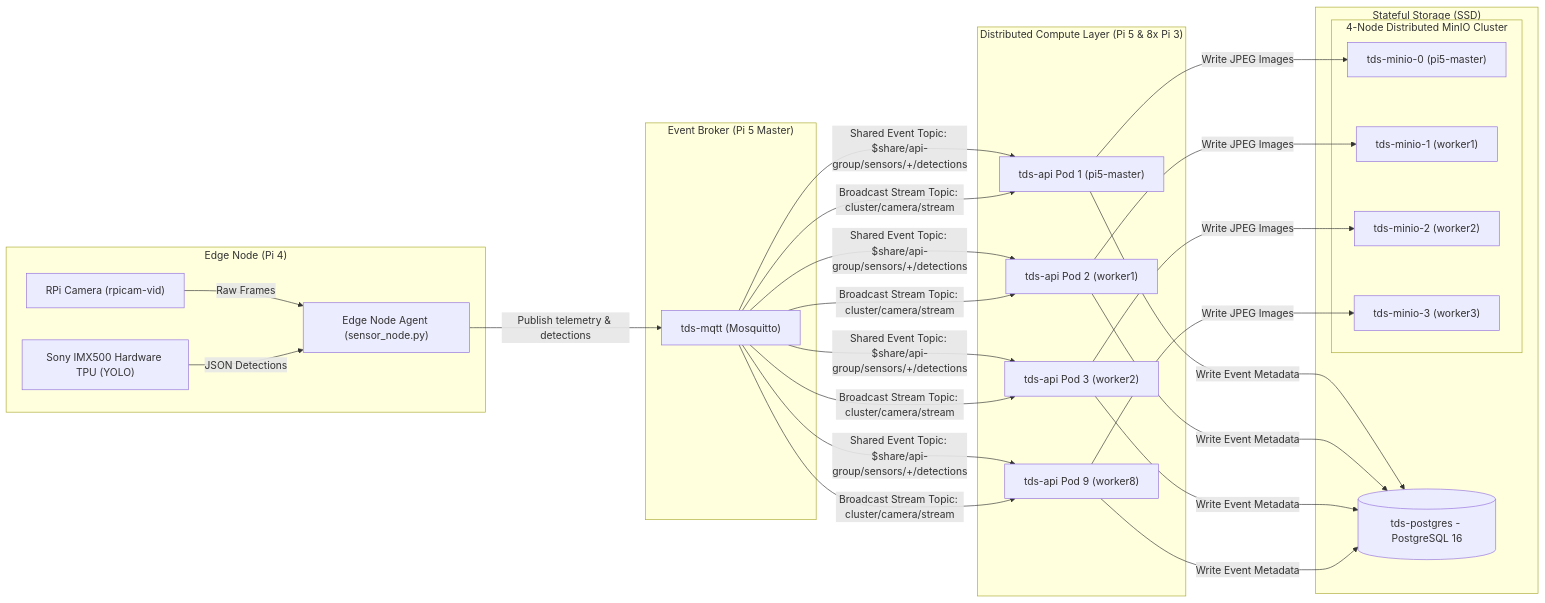
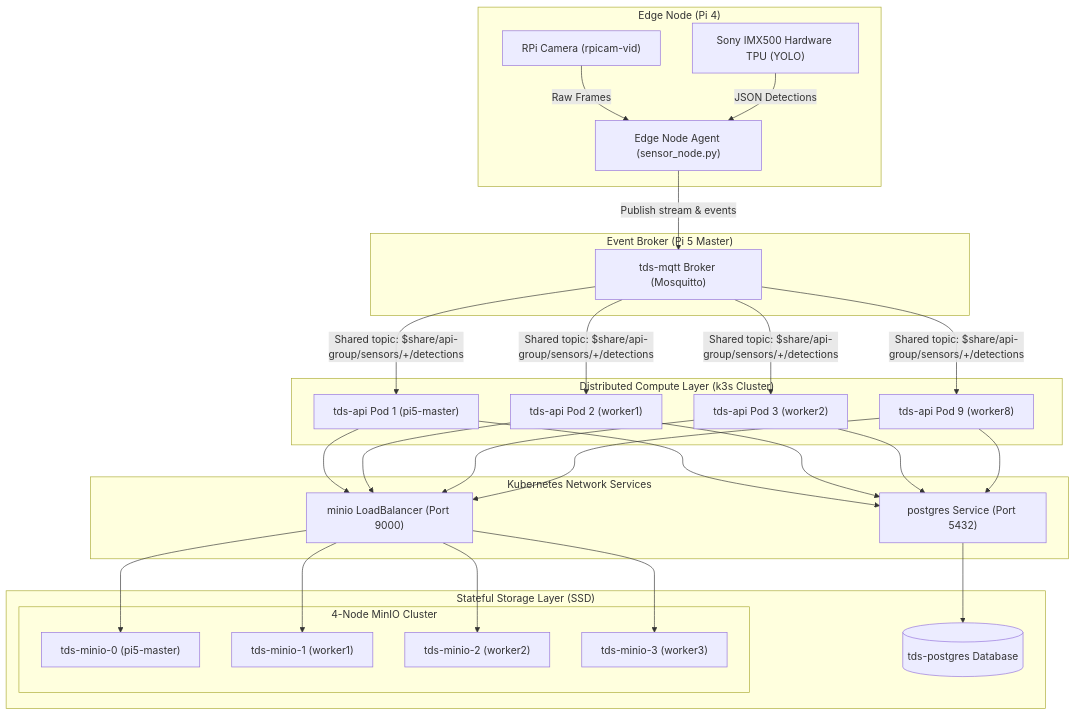
One commit to Group-6-Cloud-Computing-SS2026/Threat-Detection-System changed the first of 3 diagrams in docs/docs/tasks/task-07-backend.md. Above: the diagram before and after it, drawn with Mermaid. The commit also changed 1 other file, not shown here.

Commit message:
chore: change diagrams to TD (top-down) layouts to prevent horizontal scaling shrinkage

````diff
--- a/docs/docs/tasks/task-07-backend.md
+++ b/docs/docs/tasks/task-07-backend.md
@@ -11,51 +11,49 @@
 ```mermaid
-graph LR
+graph TD
     subgraph "Edge Node (Pi 4)"
         Cam["RPi Camera (rpicam-vid)"]
         TPU["Sony IMX500 Hardware TPU (YOLO)"]
         Node["Edge Node Agent (sensor_node.py)"]
         Cam -->|"Raw Frames"| Node
         TPU -->|"JSON Detections"| Node
     end
 
     subgraph "Event Broker (Pi 5 Master)"
-        Broker["tds-mqtt (Mosquitto)"]
+        Broker["tds-mqtt Broker (Mosquitto)"]
     end
     
-    Node -->|"Publish telemetry & detections"| Broker
+    Node -->|"Publish stream & events"| Broker
 
-    subgraph "Distributed Compute Layer (Pi 5 & 8x Pi 3)"
+    subgraph "Distributed Compute Layer (k3s Cluster)"
         API1["tds-api Pod 1 (pi5-master)"]
         API2["tds-api Pod 2 (worker1)"]
         API3["tds-api Pod 3 (worker2)"]
         APIn["tds-api Pod 9 (worker8)"]
     end
 
-    Broker -->|"Shared Event Topic: $share/api-group/sensors/+/detections"| API1
-    Broker -->|"Shared Event Topic: $share/api-group/sensors/+/detections"| API2
-    Broker -->|"Shared Event Topic: $share/api-group/sensors/+/detections"| API3
-    Broker -->|"Shared Event Topic: $share/api-group/sensors/+/detections"| APIn
-    Broker -->|"Broadcast Stream Topic: cluster/camera/stream"| API1
-    Broker -->|"Broadcast Stream Topic: cluster/camera/stream"| API2
-    Broker -->|"Broadcast Stream Topic: cluster/camera/stream"| API3
-    Broker -->|"Broadcast Stream Topic: cluster/camera/stream"| APIn
+    Broker -->|"Shared topic: $share/api-group/sensors/+/detections"| API1
+    Broker -->|"Shared topic: $share/api-group/sensors/+/detections"| API2
+    Broker -->|"Shared topic: $share/api-group/sensors/+/detections"| API3
+    Broker -->|"Shared topic: $share/api-group/sensors/+/detections"| APIn
 
-    subgraph "Stateful Storage (SSD)"
-        DB[("tds-postgres - PostgreSQL 16")]
-        subgraph "4-Node Distributed MinIO Cluster"
+    subgraph "Kubernetes Network Services"
+        PostgresSvc["postgres Service (Port 5432)"]
+        MinioSvc["minio LoadBalancer (Port 9000)"]
+    end
+
+    API1 & API2 & API3 & APIn --> PostgresSvc
+    API1 & API2 & API3 & APIn --> MinioSvc
+
+    subgraph "Stateful Storage Layer (SSD)"
+        DB[("tds-postgres Database")]
+        subgraph "4-Node MinIO Cluster"
             MinIO0["tds-minio-0 (pi5-master)"]
             MinIO1["tds-minio-1 (worker1)"]
             MinIO2["tds-minio-2 (worker2)"]
             MinIO3["tds-minio-3 (worker3)"]
         end
     end
 
-    API1 -->|"Write Event Metadata"| DB
-    API1 -->|"Write JPEG Images"| MinIO0
-    API2 -->|"Write Event Metadata"| DB
-    API2 -->|"Write JPEG Images"| MinIO1
-    API3 -->|"Write Event Metadata"| DB
-    API3 -->|"Write JPEG Images"| MinIO2
-    APIn -->|"Write Event Metadata"| DB
-    APIn -->|"Write JPEG Images"| MinIO3
+    PostgresSvc --> DB
+    MinioSvc --> MinIO0 & MinIO1 & MinIO2 & MinIO3
 ```
````
